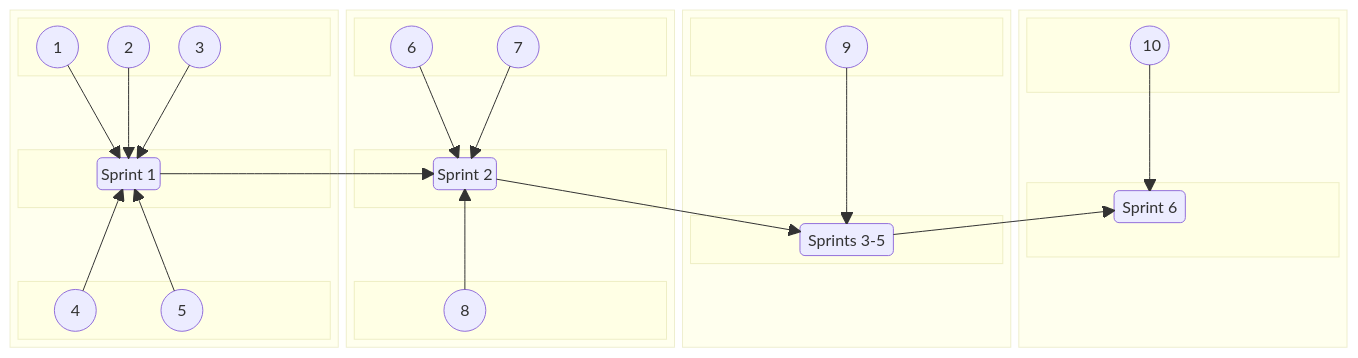
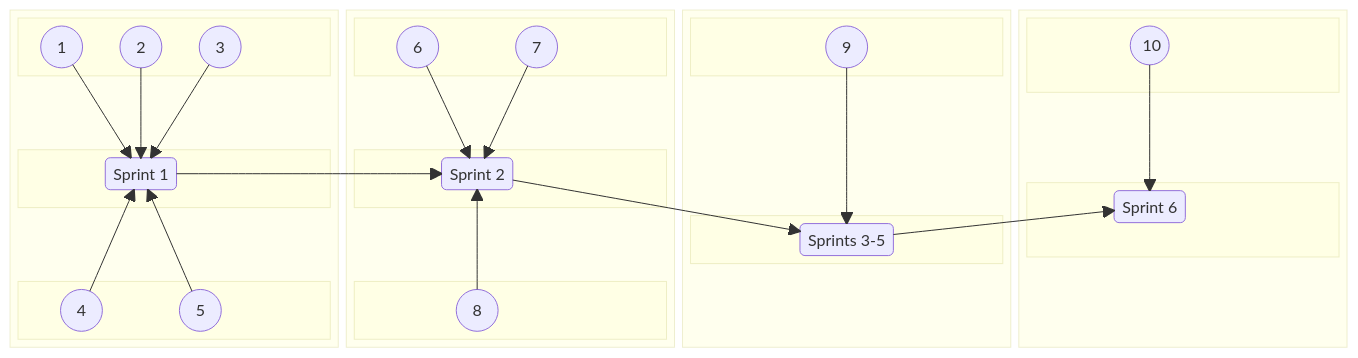
Before and after one commit to jdmedlock/mermaid_testing: the second of 2 diagrams in README.md, drawn with Mermaid.

Commit message:
Feature: Add annotations to test layout

```diff
--- a/README.md
+++ b/README.md
@@ -93,6 +93,7 @@
     block:B1:1
       columns 1
       block:B1TOP
+        columns 3
         A1(("&nbsp;&nbsp; 1 &nbsp;&nbsp;"))
         A2(("&nbsp;&nbsp; 2 &nbsp;&nbsp;"))
         A3(("&nbsp;&nbsp; 3 &nbsp;&nbsp;"))
@@ -101,11 +102,12 @@
       block:B1CENTER
         columns 3
         space
-        SPRINT1("Sprint 1")
+        SPRINT1("&nbsp;Sprint 1&nbsp;")
         space
       end
       space
       block:B1BOTTOM
+        columns 2
         A4(("&nbsp;&nbsp; 4 &nbsp;&nbsp;"))
         A5(("&nbsp;&nbsp; 5 &nbsp;&nbsp;"))
       end
@@ -119,6 +121,7 @@
     block:B2:1
       columns 1
       block:B2TOP
+        columns 2
         A6(("&nbsp;&nbsp; 6 &nbsp;&nbsp;"))
         A7(("&nbsp;&nbsp; 7 &nbsp;&nbsp;"))
       end
@@ -126,11 +129,12 @@
       block:B2CENTER
         columns 3
         space
-        SPRINT2("Sprint 2")
+        SPRINT2("&nbsp;Sprint 2&nbsp;")
         space
       end
       space
       block:B2BOTTOM
+        columns 1
         A8(("&nbsp;&nbsp; 8 &nbsp;&nbsp;"))
       end
       A6 ----> SPRINT2
@@ -158,6 +162,7 @@
     block:B4:1
       columns 1
       block:B4TOP
+        columns 1
         A10(("&nbsp;&nbsp;10&nbsp;"))
       end
       space
```
